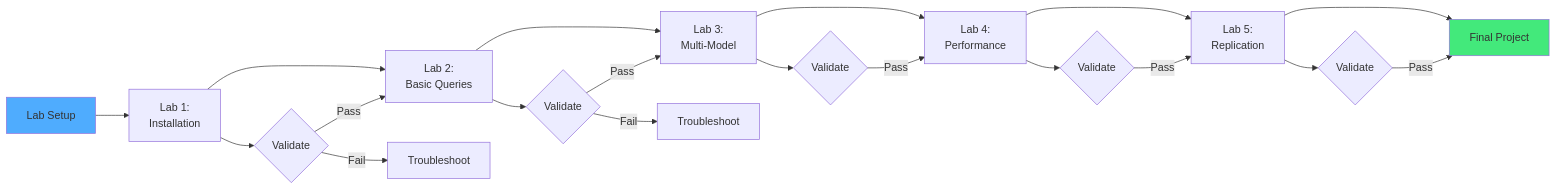
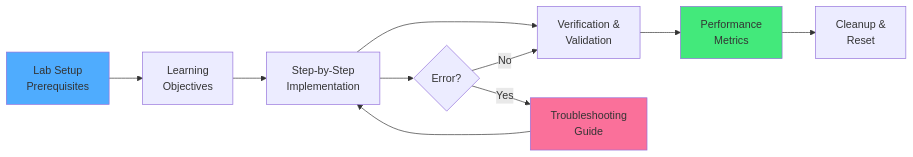
The diagram in compendium/docs/chapter_41_hands_on_labs.md (makr-code/ThemisDB), drawn with Mermaid before and after one commit. The commit also changed other lines of this file and 1 other file, not shown here.

````diff
--- a/compendium/docs/chapter_41_hands_on_labs.md
+++ b/compendium/docs/chapter_41_hands_on_labs.md
@@ -20,27 +32,17 @@
 ```mermaid
 graph LR
-    Setup[Lab Setup] --> Lab1[Lab 1:<br/>Installation]
-    Lab1 --> Lab2[Lab 2:<br/>Basic Queries]
-    Lab2 --> Lab3[Lab 3:<br/>Multi-Model]
-    Lab3 --> Lab4[Lab 4:<br/>Performance]
-    Lab4 --> Lab5[Lab 5:<br/>Replication]
-    Lab5 --> Final[Final Project]
+    Setup[Lab Setup<br/>Prerequisites] --> Goal[Learning<br/>Objectives]
+    Goal --> Steps[Step-by-Step<br/>Implementation]
+    Steps --> Verify[Verification &<br/>Validation]
+    Verify --> Metrics[Performance<br/>Metrics]
+    Metrics --> Clean[Cleanup &<br/>Reset]
     
-    Lab1 --> Check1{Validate}
-    Lab2 --> Check2{Validate}
-    Lab3 --> Check3{Validate}
-    Lab4 --> Check4{Validate}
-    Lab5 --> Check5{Validate}
+    Steps --> Trouble{Error?}
+    Trouble -->|Yes| Debug[Troubleshooting<br/>Guide]
+    Debug --> Steps
+    Trouble -->|No| Verify
     
-    Check1 -->|Pass| Lab2
-    Check2 -->|Pass| Lab3
-    Check3 -->|Pass| Lab4
-    Check4 -->|Pass| Lab5
-    Check5 -->|Pass| Final
-    
-    Check1 -->|Fail| Trouble1[Troubleshoot]
-    Check2 -->|Fail| Trouble2[Troubleshoot]
-    
-    style Final fill:#43e97b
     style Setup fill:#4facfe
+    style Metrics fill:#43e97b
+    style Debug fill:#fa709a
 ```
````
